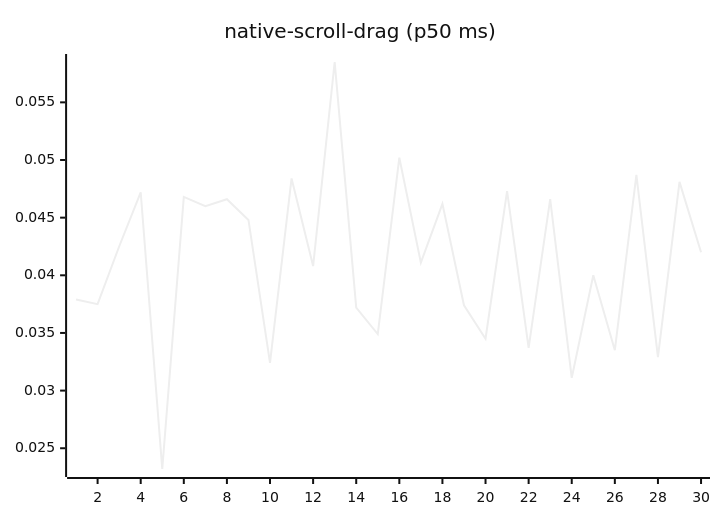
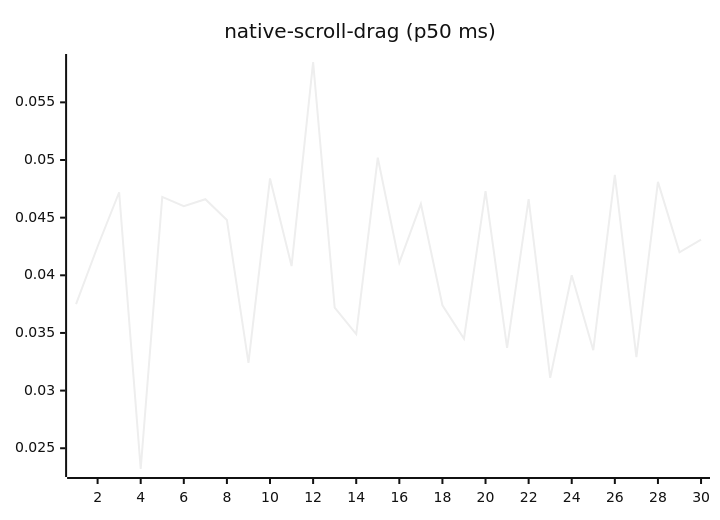
Before and after one commit to josha/Facet: diagram 14 of 27 in README.md, drawn with Mermaid (neutral theme). The commit also changed other lines of this file and 2 other files, not shown here.

````diff
--- a/README.md
+++ b/README.md
@@ -154,6 +154,6 @@
 ```mermaid
 xychart-beta
     title "native-scroll-drag (p50 ms)"
     x-axis 1 --> 30
-    line [0.0379, 0.0375, 0.0425, 0.0472, 0.0232, 0.0468, 0.0460, 0.0466, 0.0448, 0.0324, 0.0484, 0.0408, 0.0585, 0.0372, 0.0349, 0.0502, 0.0411, 0.0462, 0.0374, 0.0345, 0.0473, 0.0337, 0.0466, 0.0311, 0.0400, 0.0335, 0.0487, 0.0329, 0.0481, 0.0420]
+    line [0.0375, 0.0425, 0.0472, 0.0232, 0.0468, 0.0460, 0.0466, 0.0448, 0.0324, 0.0484, 0.0408, 0.0585, 0.0372, 0.0349, 0.0502, 0.0411, 0.0462, 0.0374, 0.0345, 0.0473, 0.0337, 0.0466, 0.0311, 0.0400, 0.0335, 0.0487, 0.0329, 0.0481, 0.0420, 0.0431]
 ```
````
